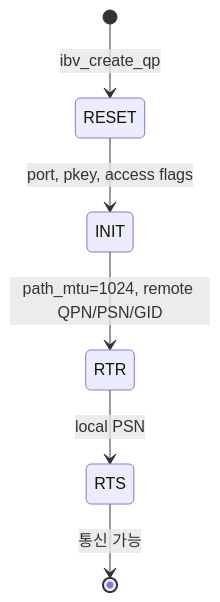
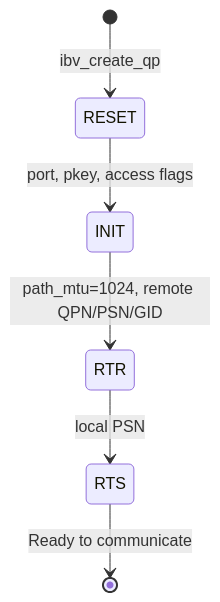
Before and after one commit to 0xDaizz/RMLX: the second of 4 diagrams in docs/crates/rmlx-rdma.md, drawn with Mermaid. The commit also changed other lines of this file and 30 other files, not shown here.

````diff
--- a/docs/crates/rmlx-rdma.md
+++ b/docs/crates/rmlx-rdma.md
@@ -145,8 +145,8 @@
 ```mermaid
 stateDiagram-v2
     [*] --> RESET: ibv_create_qp
     RESET --> INIT: port, pkey, access flags
     INIT --> RTR: path_mtu=1024, remote QPN/PSN/GID
     RTR --> RTS: local PSN
-    RTS --> [*]: 통신 가능
+    RTS --> [*]: Ready to communicate
 ```
````
